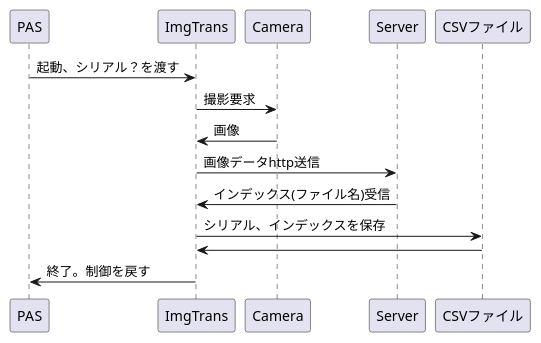
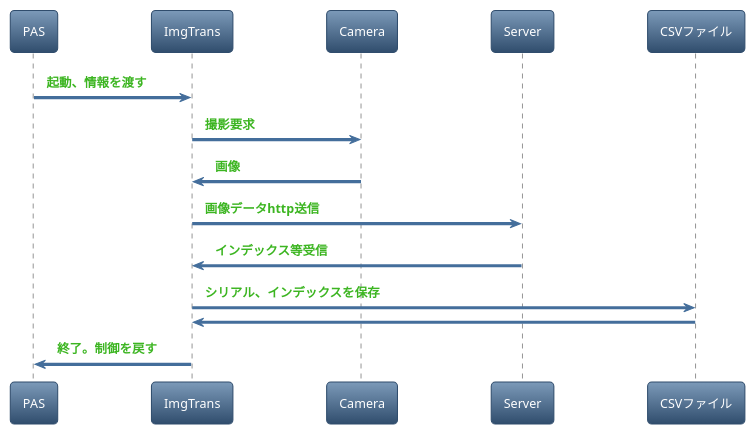
Before and after one commit to yoshijss/Docs: the diagram in PlantUML/PASTrans_Sequence.pu, drawn with PlantUML. The commit also changed 8 other files, not shown here.

```diff
--- a/PlantUML/PASTrans_Sequence.pu
+++ b/PlantUML/PASTrans_Sequence.pu
@@ -1,12 +1,12 @@
 @startuml PASTrans Sequence
-
-PAS -> ImgTrans  : 起動、シリアル？を渡す
-ImgTrans -> Camera  : 撮影要求
-Camera -> ImgTrans  : 画像
-ImgTrans -> Server : 画像データhttp送信
-Server -> ImgTrans : インデックス(ファイル名)受信
-ImgTrans -> CSVファイル : シリアル、インデックスを保存
+!theme spacelab
+PAS -> ImgTrans  : $success("起動、情報を渡す")
+ImgTrans -> Camera  : $success("撮影要求")
+Camera -> ImgTrans  : $success("画像")
+ImgTrans -> Server : $success("画像データhttp送信")
+Server -> ImgTrans : $success("インデックス等受信")
+ImgTrans -> CSVファイル : $success("シリアル、インデックスを保存")
 CSVファイル -> ImgTrans
-ImgTrans -> PAS : 終了。制御を戻す
+ImgTrans -> PAS : $success("終了。制御を戻す")
 
 @enduml
```
